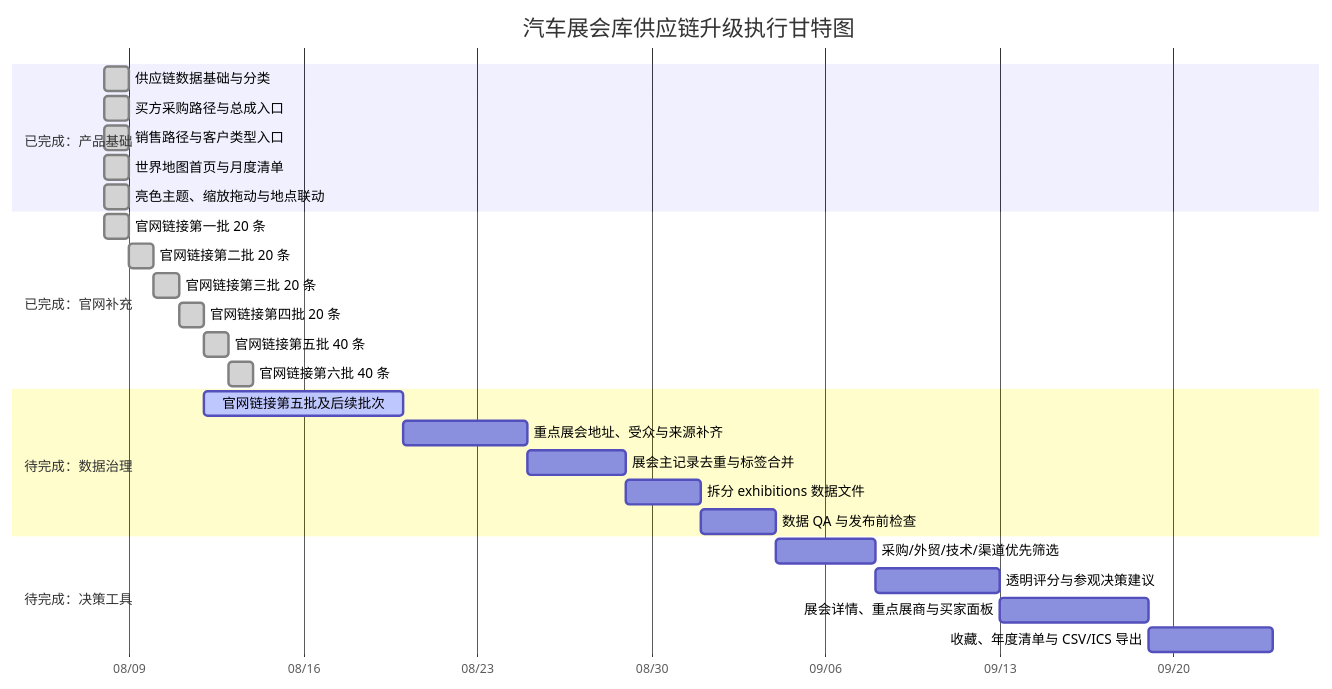
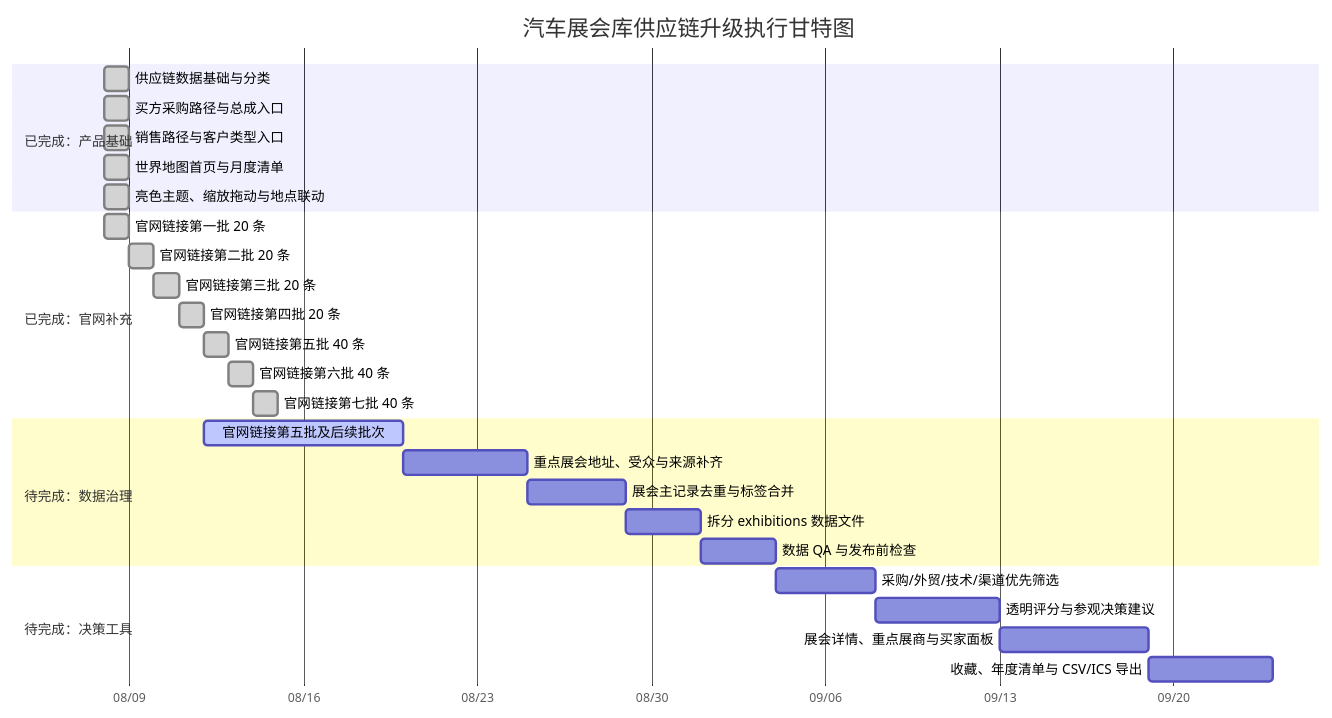
One commit to Cloudyluk/auto-expo changed the diagram in docs/PROJECT_PROGRESS.md. Above: the diagram before and after it, drawn with Mermaid. The commit also changed other lines of this file and 2 other files, not shown here.

Commit message:
Add seventh batch of official exhibition links

````diff
--- a/docs/PROJECT_PROGRESS.md
+++ b/docs/PROJECT_PROGRESS.md
@@ -19,30 +19,31 @@
 ```mermaid
 gantt
     title 汽车展会库供应链升级执行甘特图
     dateFormat  YYYY-MM-DD
     axisFormat  %m/%d
     section 已完成：产品基础
     供应链数据基础与分类             :done, foundation, 2026-08-08, 1d
     买方采购路径与总成入口           :done, buyer, 2026-08-08, 1d
     销售路径与客户类型入口           :done, seller, 2026-08-08, 1d
     世界地图首页与月度清单           :done, map, 2026-08-08, 1d
     亮色主题、缩放拖动与地点联动     :done, interaction, 2026-08-08, 1d
     section 已完成：官网补充
     官网链接第一批 20 条             :done, links1, 2026-08-08, 1d
     官网链接第二批 20 条             :done, links2, after links1, 1d
     官网链接第三批 20 条             :done, links3, after links2, 1d
     官网链接第四批 20 条             :done, links4, after links3, 1d
     官网链接第五批 40 条             :done, links5done, after links4, 1d
     官网链接第六批 40 条             :done, links6done, after links5done, 1d
+    官网链接第七批 40 条             :done, links7done, after links6done, 1d
     section 待完成：数据治理
     官网链接第五批及后续批次         :active, links5, after links4, 8d
     重点展会地址、受众与来源补齐     :fields, after links5, 5d
     展会主记录去重与标签合并         :dedupe, after fields, 4d
     拆分 exhibitions 数据文件        :split, after dedupe, 3d
     数据 QA 与发布前检查              :qa, after split, 3d
     section 待完成：决策工具
     采购/外贸/技术/渠道优先筛选       :filters, after qa, 4d
     透明评分与参观决策建议           :score, after filters, 5d
     展会详情、重点展商与买家面板      :detail, after score, 6d
     收藏、年度清单与 CSV/ICS 导出     :plan, after detail, 5d
 ```
````
